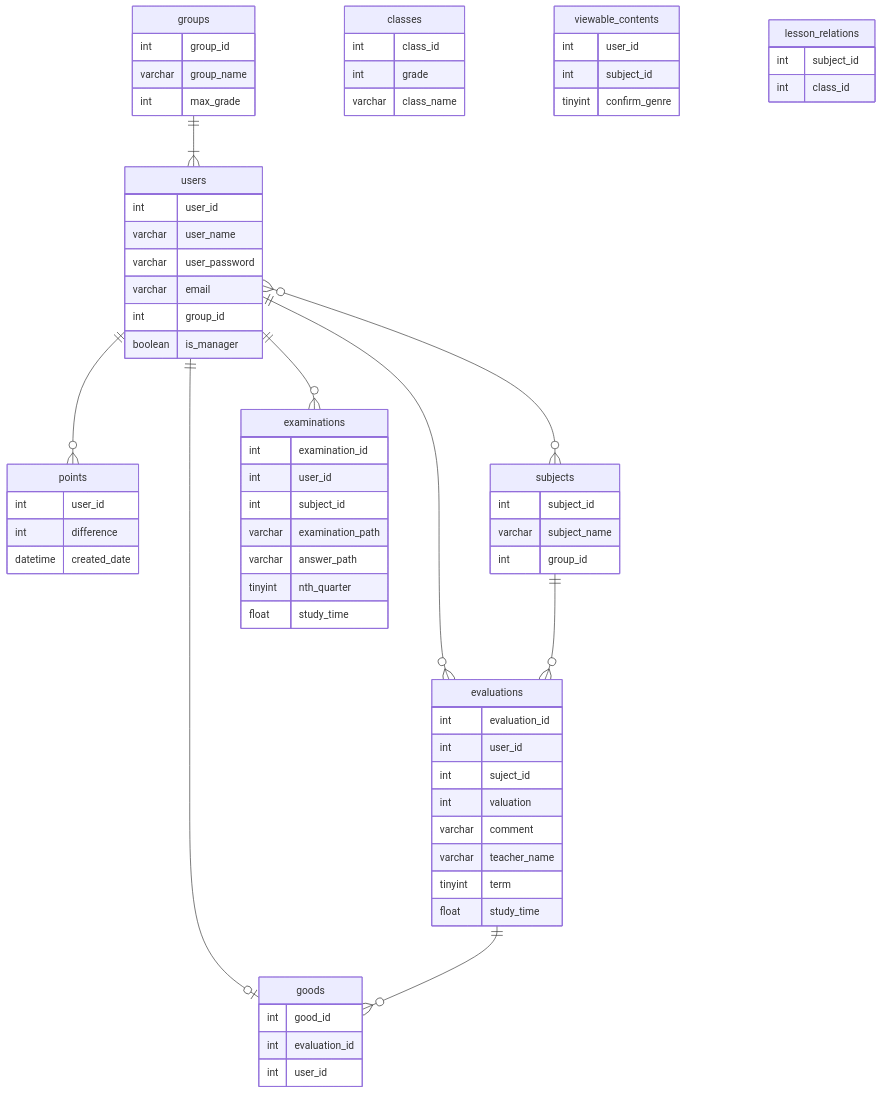
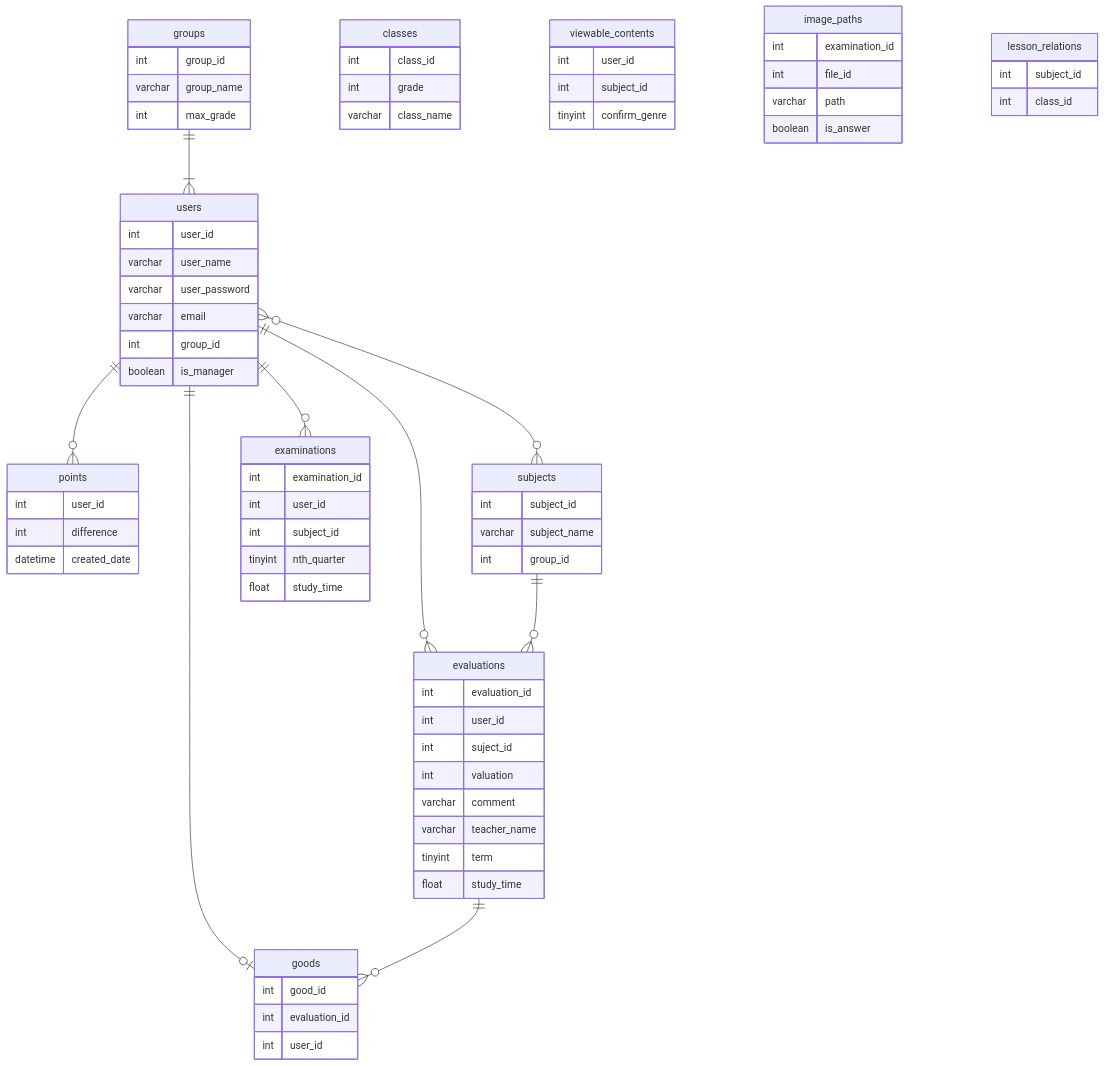
Before and after one commit to kinoshita0923/manabiba_backend: the diagram in docs/ER.md, drawn with Mermaid.

Commit message:
🐛 過去問の画像ファイルの扱いを修正

```diff
--- a/docs/ER.md
+++ b/docs/ER.md
@@ -54,10 +54,15 @@
         int examination_id
         int user_id
         int subject_id
-        varchar examination_path
-        varchar answer_path
         tinyint nth_quarter
         float study_time
+    }
+
+    image_paths {
+        int examination_id
+        int file_id
+        varchar path
+        boolean is_answer
     }
 
     lesson_relations {
```
